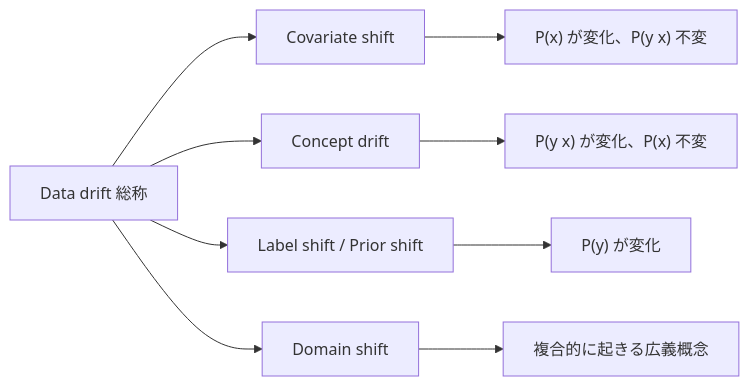
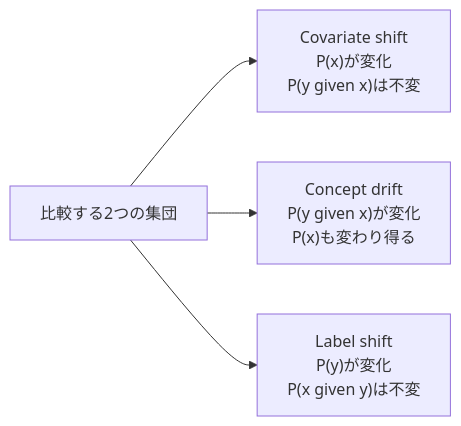
The diagram in projects/ml/notes/mlops/data-drift/index.md (nao1215/debimate), drawn with Mermaid before and after one commit. The commit also changed other lines of this file and 125 other files, not shown here.

````diff
--- a/projects/ml/notes/mlops/data-drift/index.md
+++ b/projects/ml/notes/mlops/data-drift/index.md
@@ -20,11 +24,6 @@
 ```mermaid
-graph LR
-    A[Data drift 総称] --> B[Covariate shift]
-    A --> C[Concept drift]
-    A --> D[Label shift / Prior shift]
-    A --> E[Domain shift]
-    B --> B1["P(x) が変化、P(y x) 不変"]
-    C --> C1["P(y x) が変化、P(x) 不変"]
-    D --> D1["P(y) が変化"]
-    E --> E1["複合的に起きる広義概念"]
+flowchart LR
+    A[比較する2つの集団] --> B["Covariate shift<br/>P(x)が変化<br/>P(y given x)は不変"]
+    A --> C["Concept drift<br/>P(y given x)が変化<br/>P(x)も変わり得る"]
+    A --> D["Label shift<br/>P(y)が変化<br/>P(x given y)は不変"]
 ```
````
